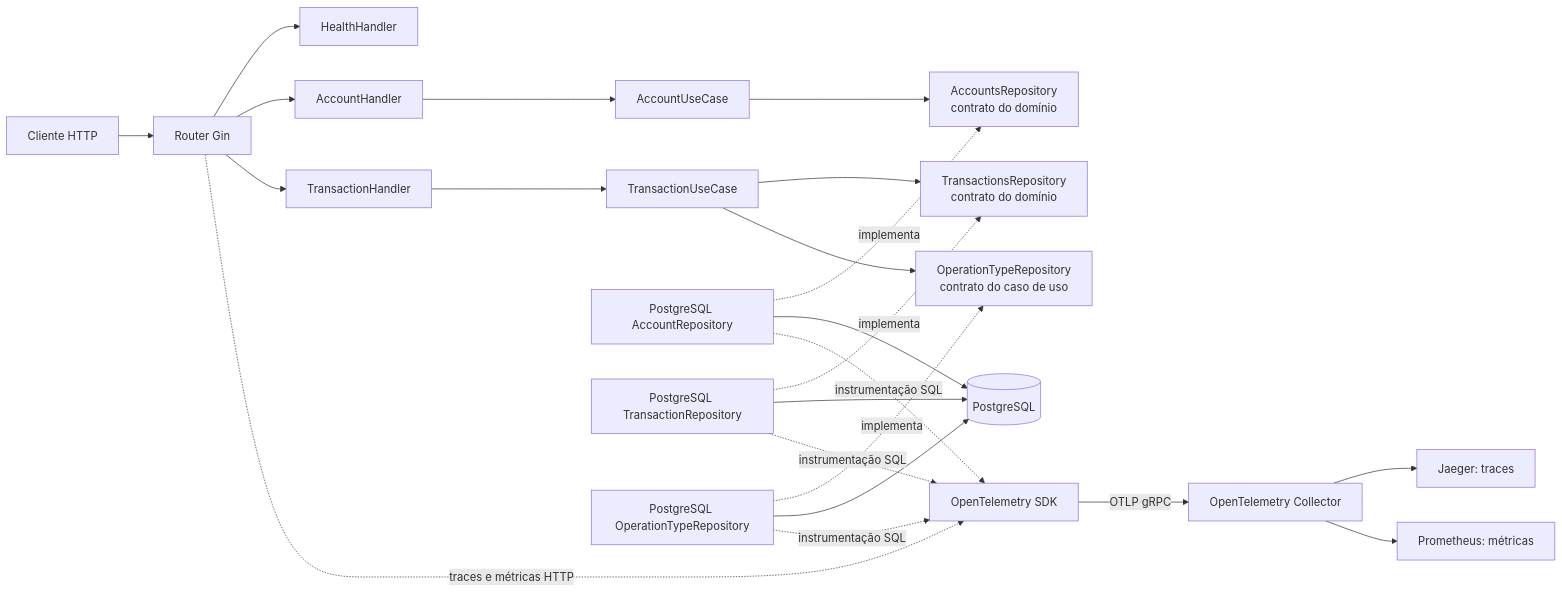
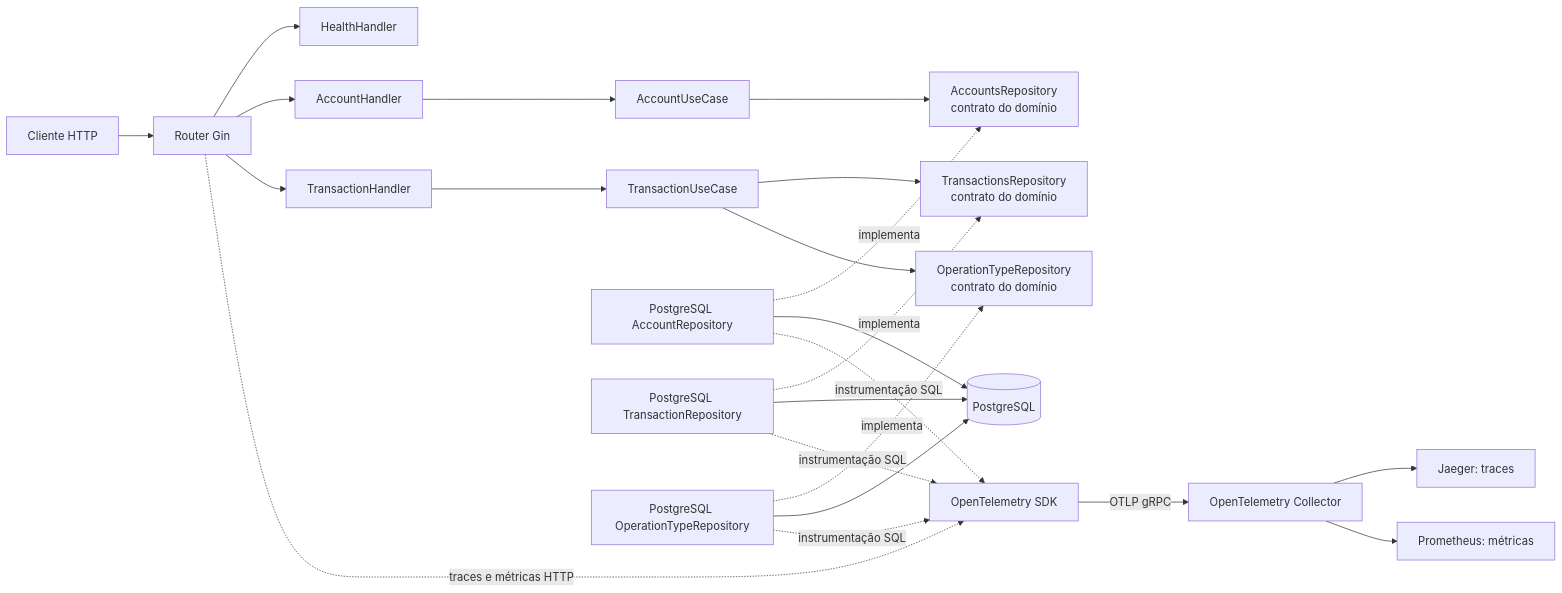
Before and after one commit to marcoscaco/pismo-transactions-routine-service: the diagram in docs/ARCHITECTURE.md, drawn with Mermaid.

Commit message:
ajuste semantico na doc

````diff
--- a/docs/ARCHITECTURE.md
+++ b/docs/ARCHITECTURE.md
@@ -18,28 +18,28 @@
 ```mermaid
 flowchart LR
     Client[Cliente HTTP] --> Router[Router Gin]
     Router --> Health[HealthHandler]
     Router --> AccountHandler[AccountHandler]
     Router --> TransactionHandler[TransactionHandler]
 
     AccountHandler --> AccountUseCase[AccountUseCase]
     TransactionHandler --> TransactionUseCase[TransactionUseCase]
     AccountUseCase --> AccountsPort[AccountsRepository<br/>contrato do domínio]
     TransactionUseCase --> TransactionsPort[TransactionsRepository<br/>contrato do domínio]
-    TransactionUseCase --> OperationTypesPort[OperationTypeRepository<br/>contrato do caso de uso]
+    TransactionUseCase --> OperationTypesPort[OperationTypeRepository<br/>contrato do domínio]
 
     AccountsAdapter[PostgreSQL AccountRepository] -. implementa .-> AccountsPort
     TransactionsAdapter[PostgreSQL TransactionRepository] -. implementa .-> TransactionsPort
     OperationTypesAdapter[PostgreSQL OperationTypeRepository] -. implementa .-> OperationTypesPort
     AccountsAdapter --> PostgreSQL[(PostgreSQL)]
     TransactionsAdapter --> PostgreSQL
     OperationTypesAdapter --> PostgreSQL
 
     Router -. traces e métricas HTTP .-> OTel[OpenTelemetry SDK]
     AccountsAdapter -. instrumentação SQL .-> OTel
     TransactionsAdapter -. instrumentação SQL .-> OTel
     OperationTypesAdapter -. instrumentação SQL .-> OTel
     OTel -->|OTLP gRPC| Collector[OpenTelemetry Collector]
     Collector --> Jaeger[Jaeger: traces]
     Collector --> Prometheus[Prometheus: métricas]
 ```
````
